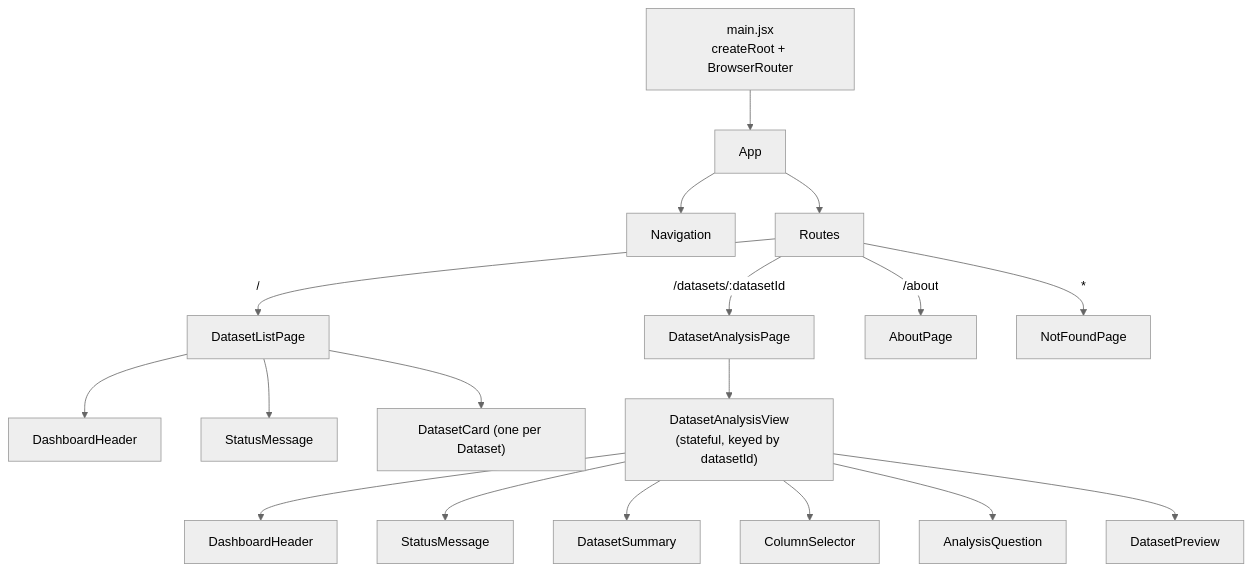
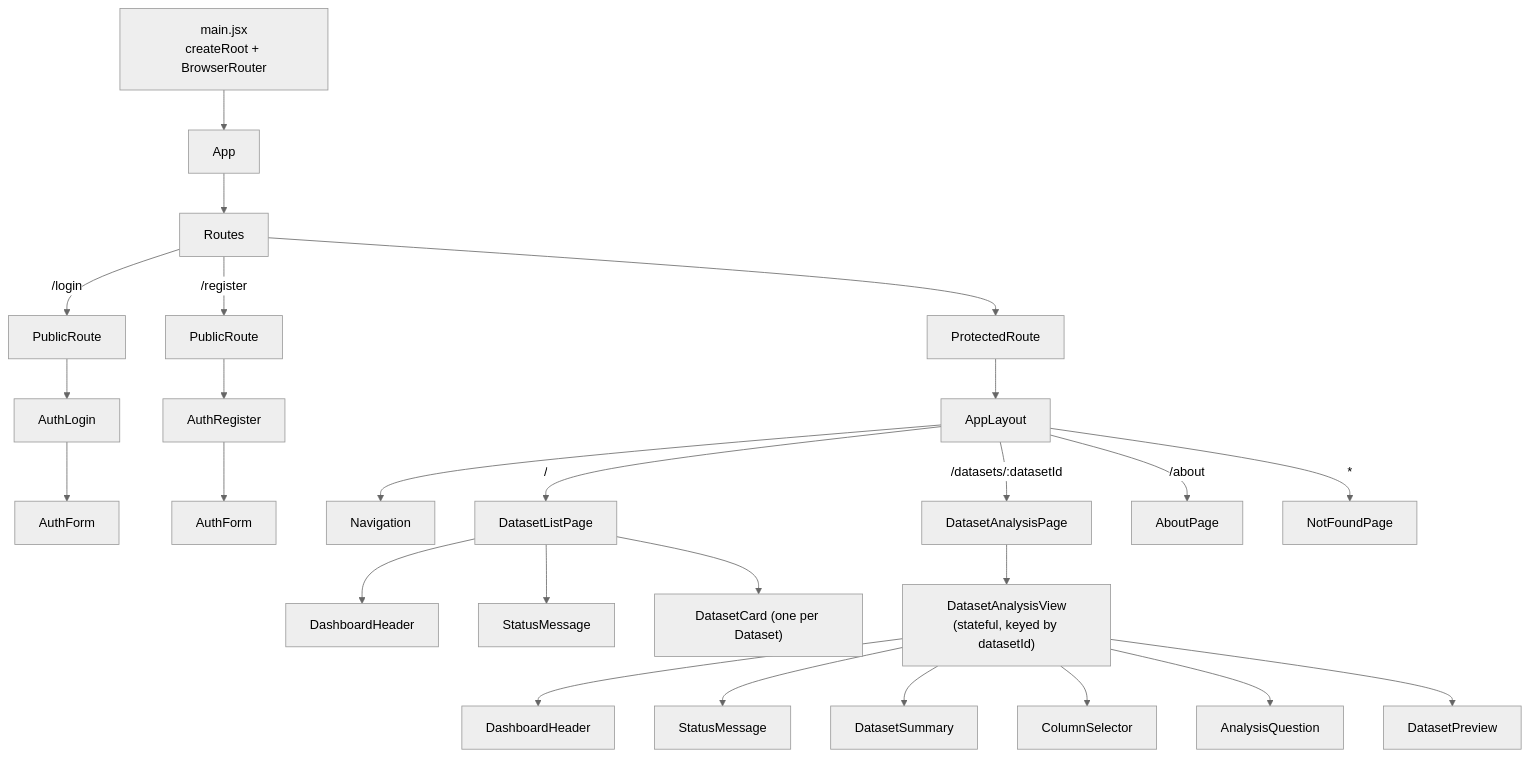
One commit to rputka/Signal changed the diagram in docs/component-tree.md. Above: the diagram before and after it, drawn with Mermaid (neutral theme). The commit also changed other lines of this file and 23 other files, not shown here.

First line of the commit message:
Feature 5 (Student A): public-only auth routes, 404, review fixes, v0.3.0

````diff
--- a/docs/component-tree.md
+++ b/docs/component-tree.md
@@ -7,23 +7,27 @@
 ```mermaid
 flowchart TD
   main["main.jsx<br/>createRoot + BrowserRouter"] --> App
-  App --> Navigation
   App --> Routes["Routes"]
 
-  Routes -->|"/"| DatasetListPage
-  Routes -->|"/datasets/:datasetId"| DatasetAnalysisPage
-  Routes -->|"/about"| AboutPage
-  Routes -->|"*"| NotFoundPage
+  Routes -->|"/login"| PublicLogin["PublicRoute"] --> AuthLogin --> AF1["AuthForm"]
+  Routes -->|"/register"| PublicRegister["PublicRoute"] --> AuthRegister --> AF2["AuthForm"]
+
+  Routes --> ProtectedRoute --> AppLayout
+  AppLayout --> Navigation
+  AppLayout -->|"/"| DatasetListPage
+  AppLayout -->|"/datasets/:datasetId"| DatasetAnalysisPage
+  AppLayout -->|"/about"| AboutPage
+  AppLayout -->|"*"| NotFoundPage
 
   DatasetListPage --> H1["DashboardHeader"]
   DatasetListPage --> S1["StatusMessage"]
   DatasetListPage --> DatasetCard["DatasetCard (one per Dataset)"]
 
   DatasetAnalysisPage --> DatasetAnalysisView["DatasetAnalysisView<br/>(stateful, keyed by datasetId)"]
   DatasetAnalysisView --> H2["DashboardHeader"]
   DatasetAnalysisView --> S2["StatusMessage"]
   DatasetAnalysisView --> DatasetSummary
   DatasetAnalysisView --> ColumnSelector
   DatasetAnalysisView --> AnalysisQuestion
   DatasetAnalysisView --> DatasetPreview
 ```
````
